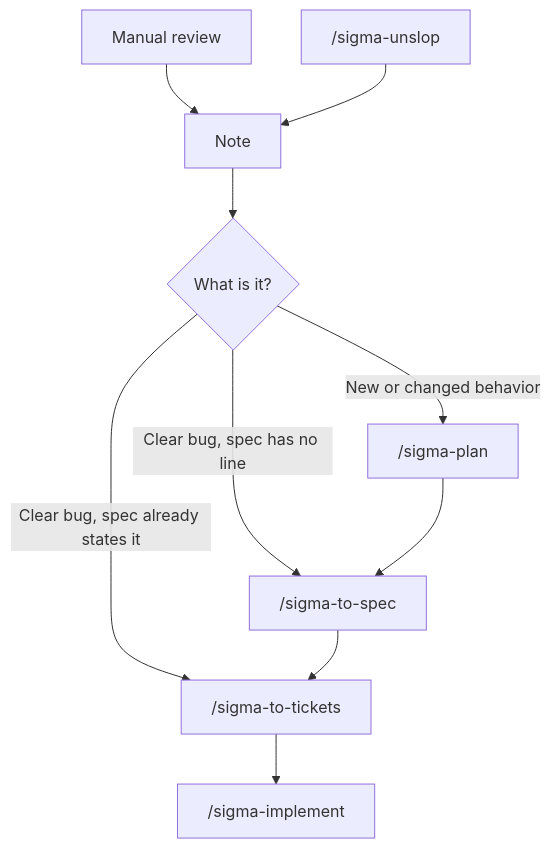
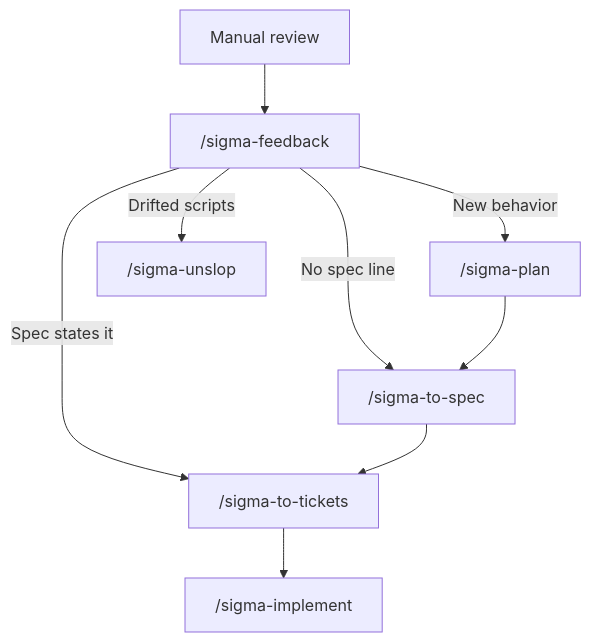
One commit to sigma-michael/sigma-build-factory changed the second of 2 diagrams in README.md. Above: the diagram before and after it, drawn with Mermaid. The commit also changed other lines of this file and 12 other files, not shown here.

````diff
--- a/README.md
+++ b/README.md
@@ -57,12 +55,11 @@
 ```mermaid
 flowchart TD
-  manual["Manual review"] --> note["Note"]
-  unslop["/sigma-unslop"] --> note
-  note --> kind{"What is it?"}
-  kind -->|"New or changed behavior"| planNote["/sigma-plan"]
-  kind -->|"Clear bug, spec has no line"| specNote["/sigma-to-spec"]
-  kind -->|"Clear bug, spec already states it"| ticketNote["/sigma-to-tickets"]
+  manual["Manual review"] --> feedback["/sigma-feedback"]
+  feedback -->|"New behavior"| planNote["/sigma-plan"]
+  feedback -->|"No spec line"| specNote["/sigma-to-spec"]
+  feedback -->|"Spec states it"| ticketNote["/sigma-to-tickets"]
+  feedback -->|"Drifted scripts"| unslop["/sigma-unslop"]
   planNote --> specNote
   specNote --> ticketNote
   ticketNote --> implNote["/sigma-implement"]
 ```
````
